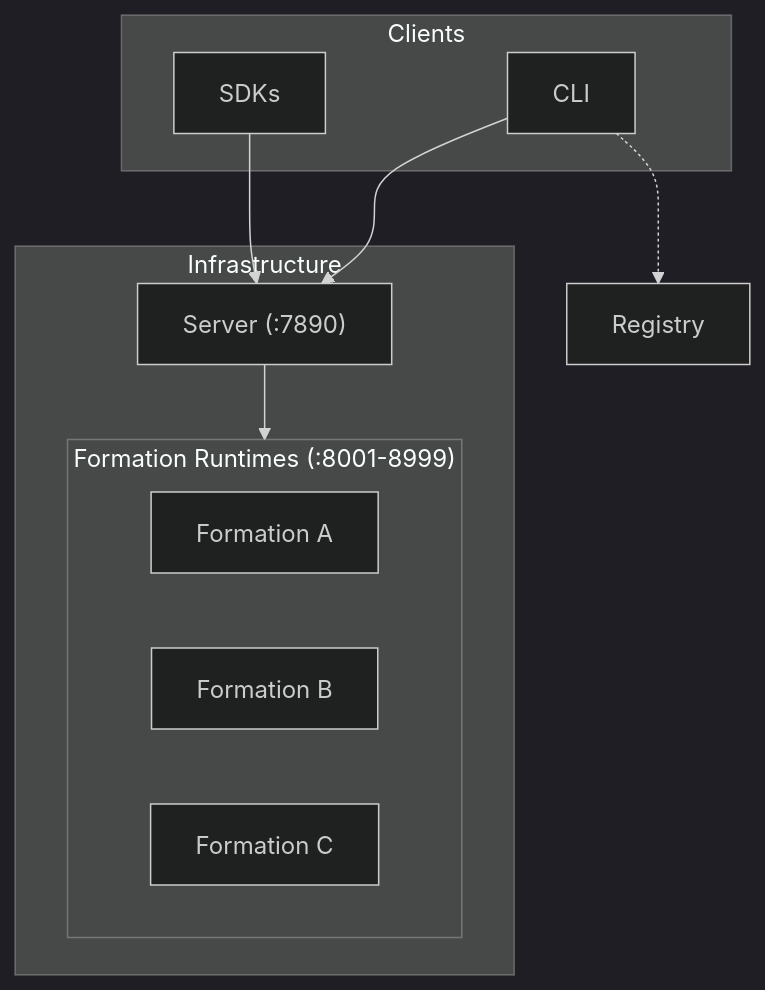
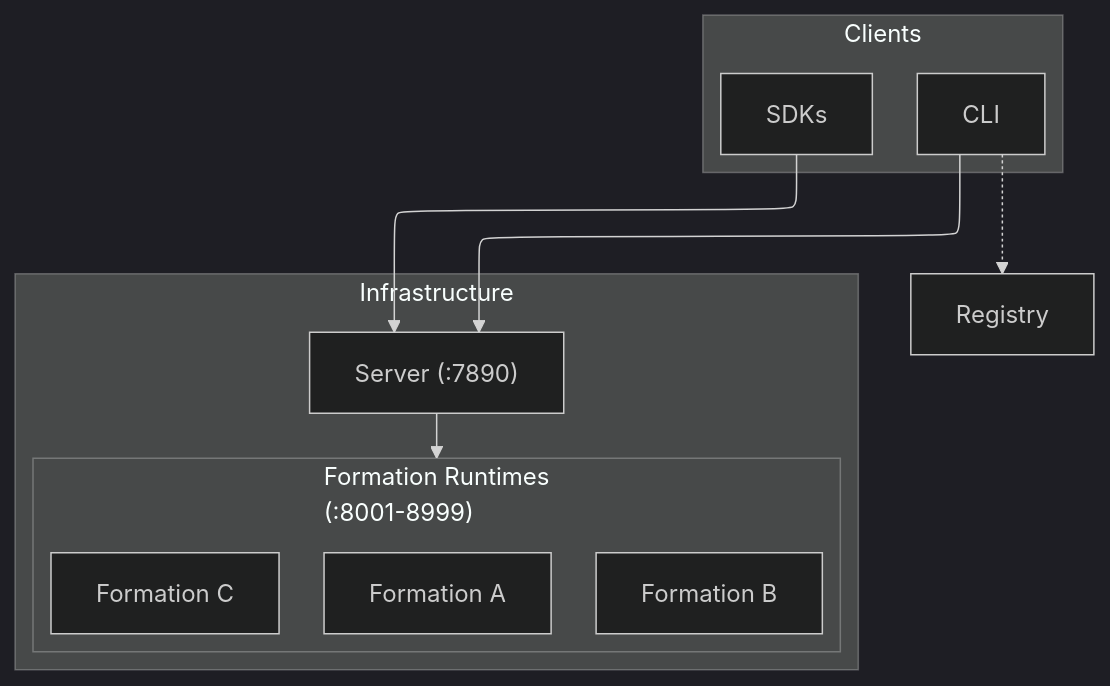
One commit to muxi-ai/muxi changed the first of 3 diagrams in docs/concepts/architecture.md. Above: the diagram before and after it, drawn with Mermaid (dark theme). The commit also changed 1 other file, not shown here.

Commit message:
docs: enhance architecture diagram configuration and improve FAQ notes for clarity

````diff
--- a/docs/concepts/architecture.md
+++ b/docs/concepts/architecture.md
@@ -15,23 +15,29 @@
 ```mermaid
+---
+config:
+  layout: elk
+  elk:
+    nodePlacementStrategy: LINEAR_SEGMENTS
+---
 flowchart TB
     subgraph Clients
         CLI[CLI]
         SDKs[SDKs]
     end
 
     subgraph Infrastructure
         Server["Server (:7890)"]
-        subgraph Formations["Formation Runtimes (:8001-8999)"]
+        subgraph Formations["Formation Runtimes\n(:8001-8999)"]
             F1[Formation A]
             F2[Formation B]
             F3[Formation C]
         end
     end
 
     Registry[Registry]
 
     CLI --> Server
     SDKs --> Server
     CLI -.-> Registry
     Server --> Formations
 ```
````
